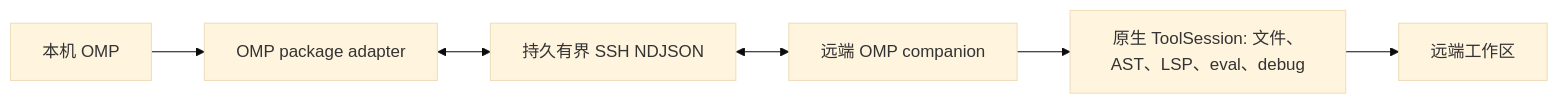
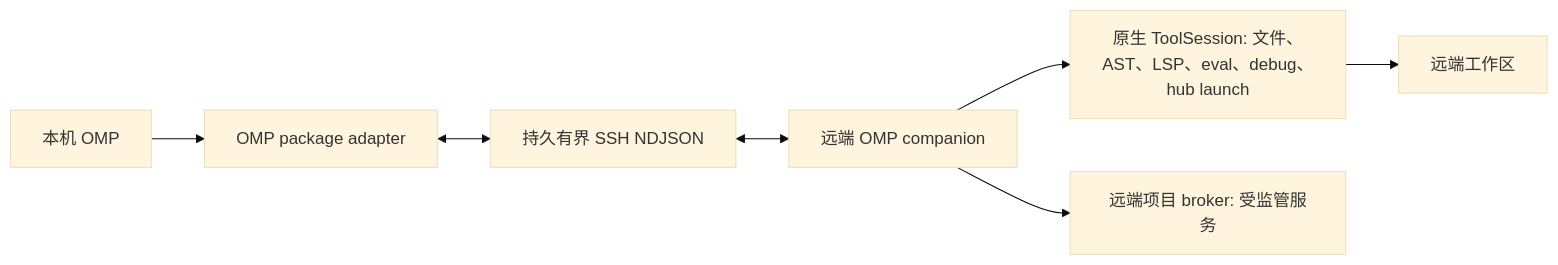
Before and after one commit to fuyao66/omp-ssh-remote: the diagram in packages/omp/README.zh-CN.md, drawn with Mermaid (base theme). The commit also changed other lines of this file and 16 other files, not shown here.

````diff
--- a/packages/omp/README.zh-CN.md
+++ b/packages/omp/README.zh-CN.md
@@ -17,8 +23,9 @@
 ```mermaid
 flowchart LR
   OMP[本机 OMP] --> Adapter[OMP package adapter]
   Adapter <--> SSH[持久有界 SSH NDJSON]
   SSH <--> Worker[远端 OMP companion]
-  Worker --> Tools[原生 ToolSession: 文件、AST、LSP、eval、debug]
+  Worker --> Tools[原生 ToolSession: 文件、AST、LSP、eval、debug、hub launch]
+  Worker --> Broker[远端项目 broker: 受监管服务]
   Tools --> RemoteFS[远端工作区]
 ```
````
